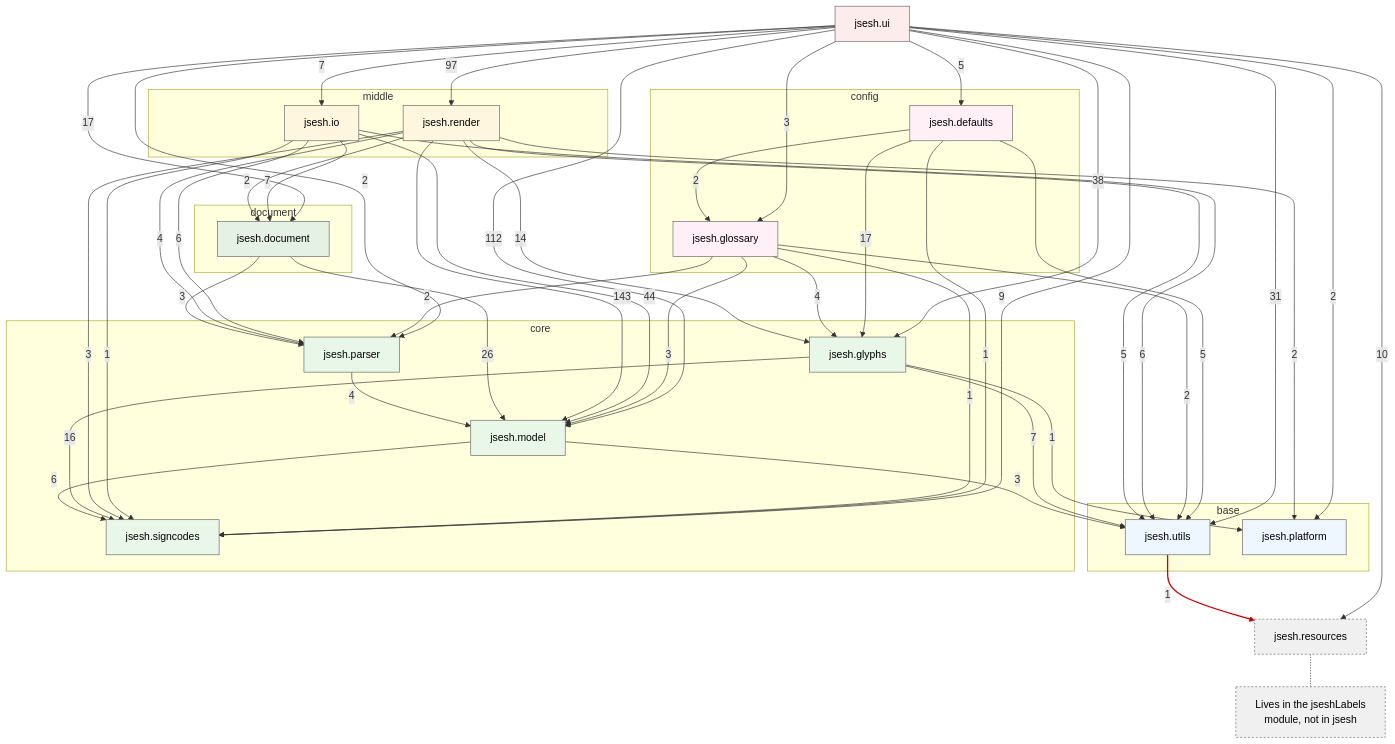
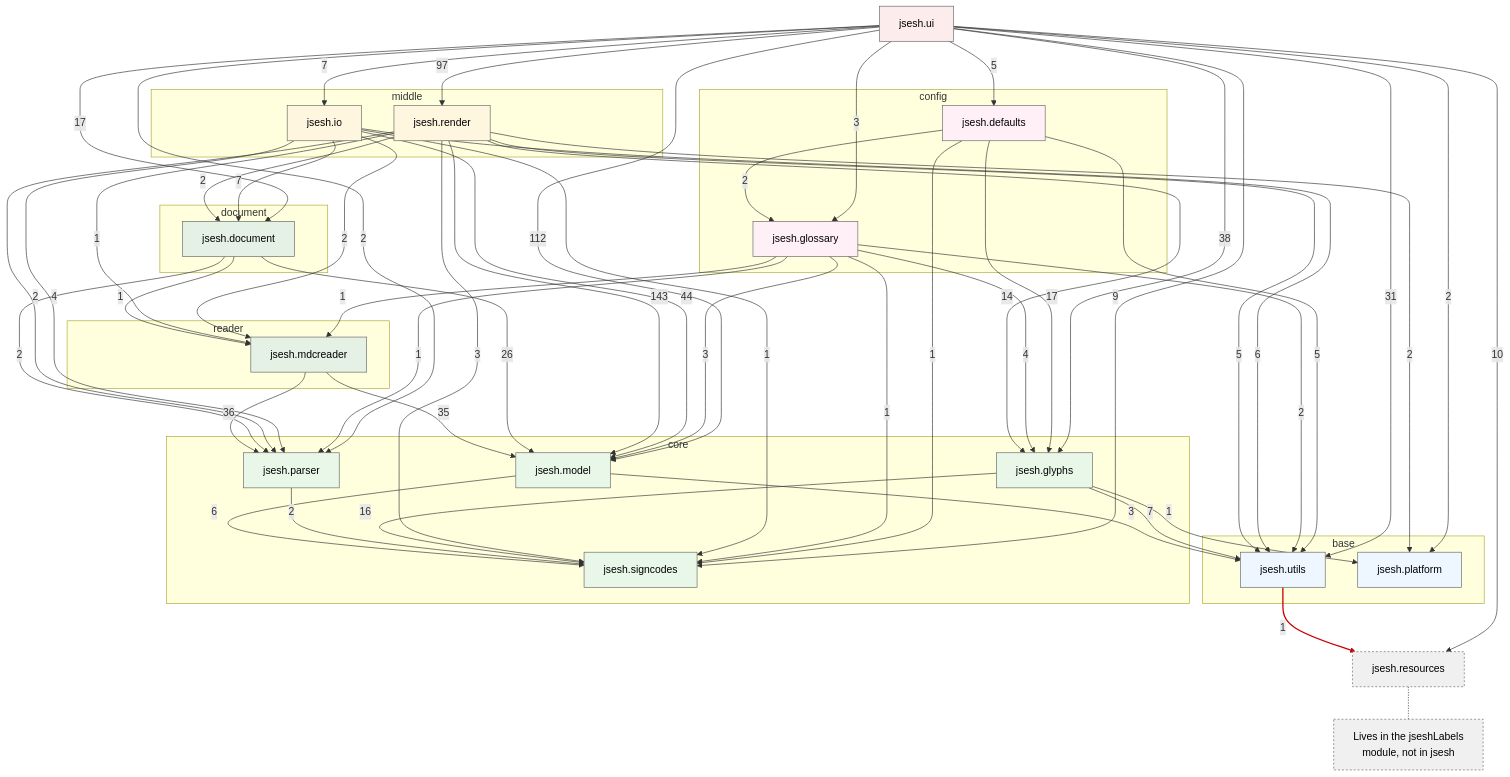
Before and after one commit to rosmord/jsesh: the second of 3 diagrams in 00_Documents/documentation/jsesh-package-dependencies.md, drawn with Mermaid. The commit also changed other lines of this file and 32 other files, not shown here.

Commit message:
separated model and parser completely. Introduced jsesh.mdcreader

```diff
--- a/00_Documents/documentation/jsesh-package-dependencies.md
+++ b/00_Documents/documentation/jsesh-package-dependencies.md
@@ -225,6 +244,10 @@
         glyphs[jsesh.glyphs]
     end
 
+    subgraph Reader[reader]
+        mdc[jsesh.mdcreader]
+    end
+
     subgraph Document[document]
         doc[jsesh.document]
     end
@@ -245,28 +268,34 @@
     utils -->|1| res
     model -->|6| signcodes
     model -->|3| utils
-    parser -->|4| model
+    parser -->|2| signcodes
+    mdc -->|36| parser
+    mdc -->|35| model
     glyphs -->|16| signcodes
     glyphs -->|7| utils
     glyphs -->|1| platform
     doc -->|26| model
-    doc -->|3| parser
+    doc -->|2| parser
+    doc -->|1| mdc
     render -->|143| model
     render -->|14| glyphs
     render -->|5| utils
-    render -->|4| parser
+    render -->|2| parser
+    render -->|1| mdc
     render -->|3| signcodes
     render -->|2| doc
     render -->|2| platform
     io -->|44| model
     io -->|7| doc
     io -->|6| utils
-    io -->|6| parser
+    io -->|4| parser
+    io -->|2| mdc
     io -->|1| signcodes
     gloss -->|4| glyphs
     gloss -->|3| model
     gloss -->|2| utils
-    gloss -->|2| parser
+    gloss -->|1| parser
+    gloss -->|1| mdc
     gloss -->|1| signcodes
     defaults -->|17| glyphs
     defaults -->|5| utils
@@ -288,6 +317,7 @@
 
     class utils,platform base;
     class signcodes,model,parser,glyphs core;
+    class mdc docLayer;
     class doc docLayer;
     class io,render mid;
     class gloss,defaults conf;
```
